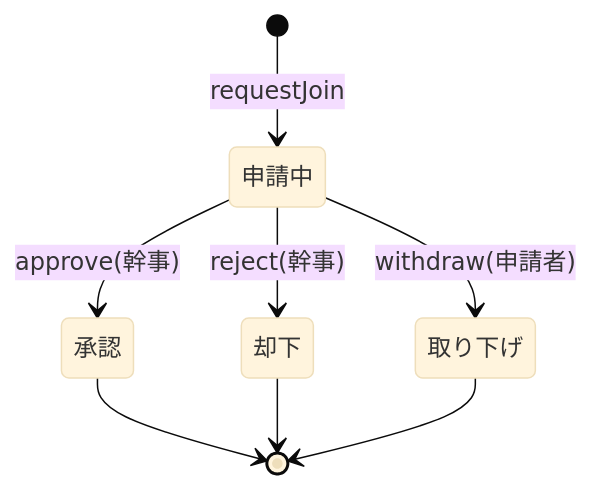
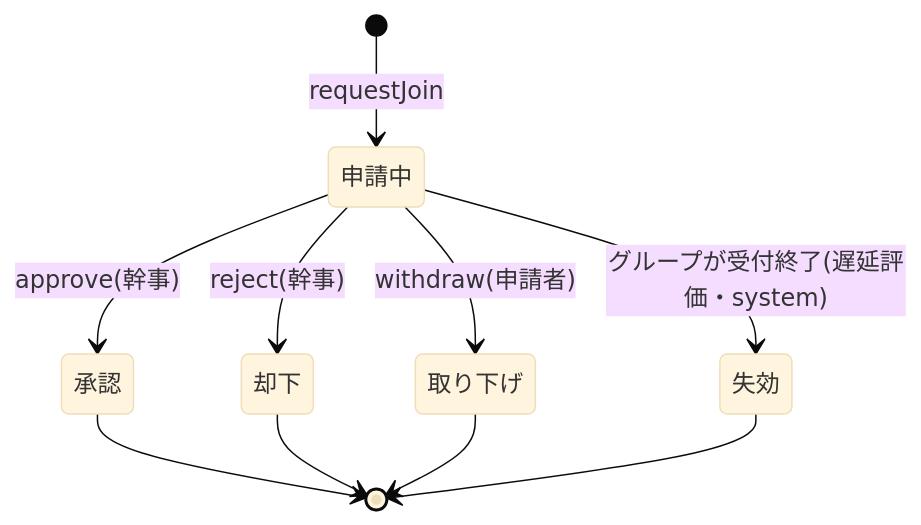
One commit to masahirosako1005/MC-006 changed the first of 2 diagrams in docs/feature/03-join-flow.md. Above: the diagram before and after it, drawn with Mermaid (base theme). The commit also changed other lines of this file and 14 other files, not shown here.

````diff
--- a/docs/feature/03-join-flow.md
+++ b/docs/feature/03-join-flow.md
@@ -33,10 +219,12 @@
 ```mermaid
 stateDiagram-v2
   [*] --> 申請中: requestJoin
   申請中 --> 承認: approve(幹事)
   申請中 --> 却下: reject(幹事)
   申請中 --> 取り下げ: withdraw(申請者)
+  申請中 --> 失効: グループが受付終了(遅延評価・system)
   承認 --> [*]
   却下 --> [*]
   取り下げ --> [*]
+  失効 --> [*]
 ```
````
